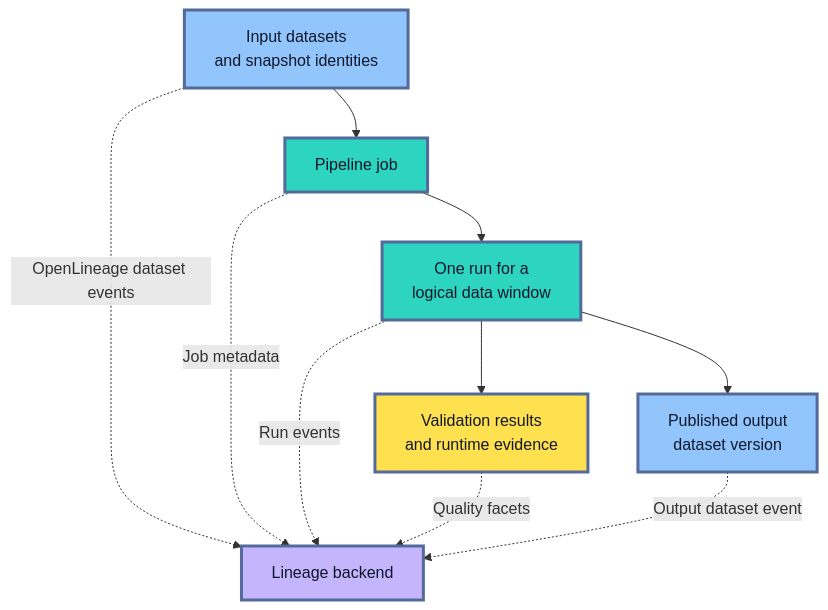
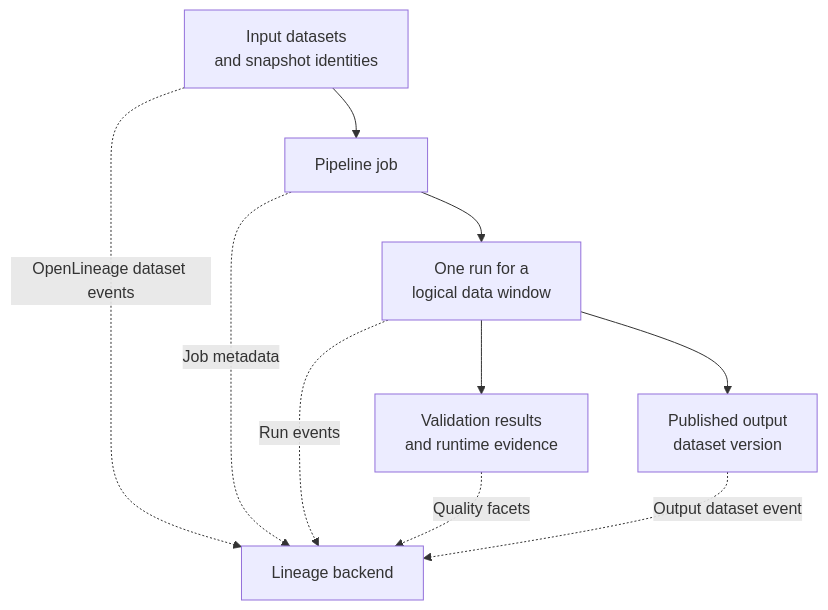
The fifth of 9 diagrams in roadmaps/mlops/modules/data-for-ml-systems/data-pipelines/01-repeatable-data-pipelines.md (senlinyy/dev-roadmaps), drawn with Mermaid before and after one commit. The commit also changed other lines of this file and 152 other files, not shown here.

Commit message:
feat: mlops and diagrams updated

````diff
--- a/roadmaps/mlops/modules/data-for-ml-systems/data-pipelines/01-repeatable-data-pipelines.md
+++ b/roadmaps/mlops/modules/data-for-ml-systems/data-pipelines/01-repeatable-data-pipelines.md
@@ -377,21 +364,17 @@
 ```mermaid
 flowchart TD
     A["Input datasets<br/>and snapshot identities"] --> B["Pipeline job"]
     B --> C["One run for a<br/>logical data window"]
     C --> D["Validation results<br/>and runtime evidence"]
     C --> E["Published output<br/>dataset version"]
     A -. "OpenLineage dataset events" .-> F["Lineage backend"]
     B -. "Job metadata" .-> F
     C -. "Run events" .-> F
     D -. "Quality facets" .-> F
     E -. "Output dataset event" .-> F
 
-    classDef data fill:#93C5FD,stroke:#536A9A,stroke-width:3px,color:#0F172A
-    classDef process fill:#2DD4BF,stroke:#536A9A,stroke-width:3px,color:#0F172A
-    classDef evidence fill:#FFE04F,stroke:#536A9A,stroke-width:3px,color:#111827
-    classDef lineage fill:#C4B5FD,stroke:#536A9A,stroke-width:3px,color:#0F172A
     class A,E data
     class B,C process
     class D evidence
     class F lineage
 ```
````
